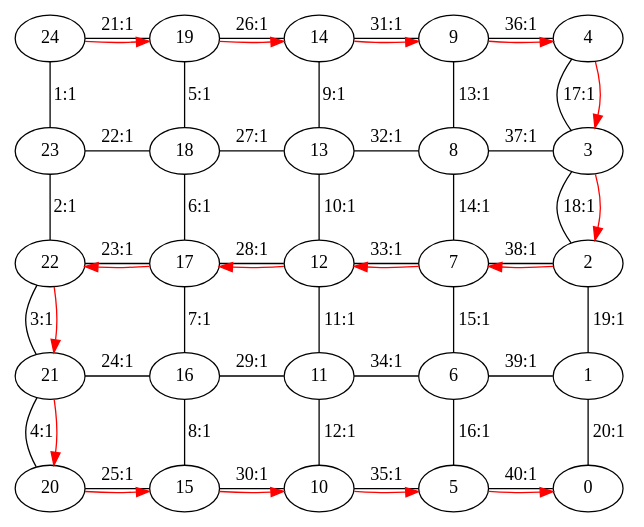
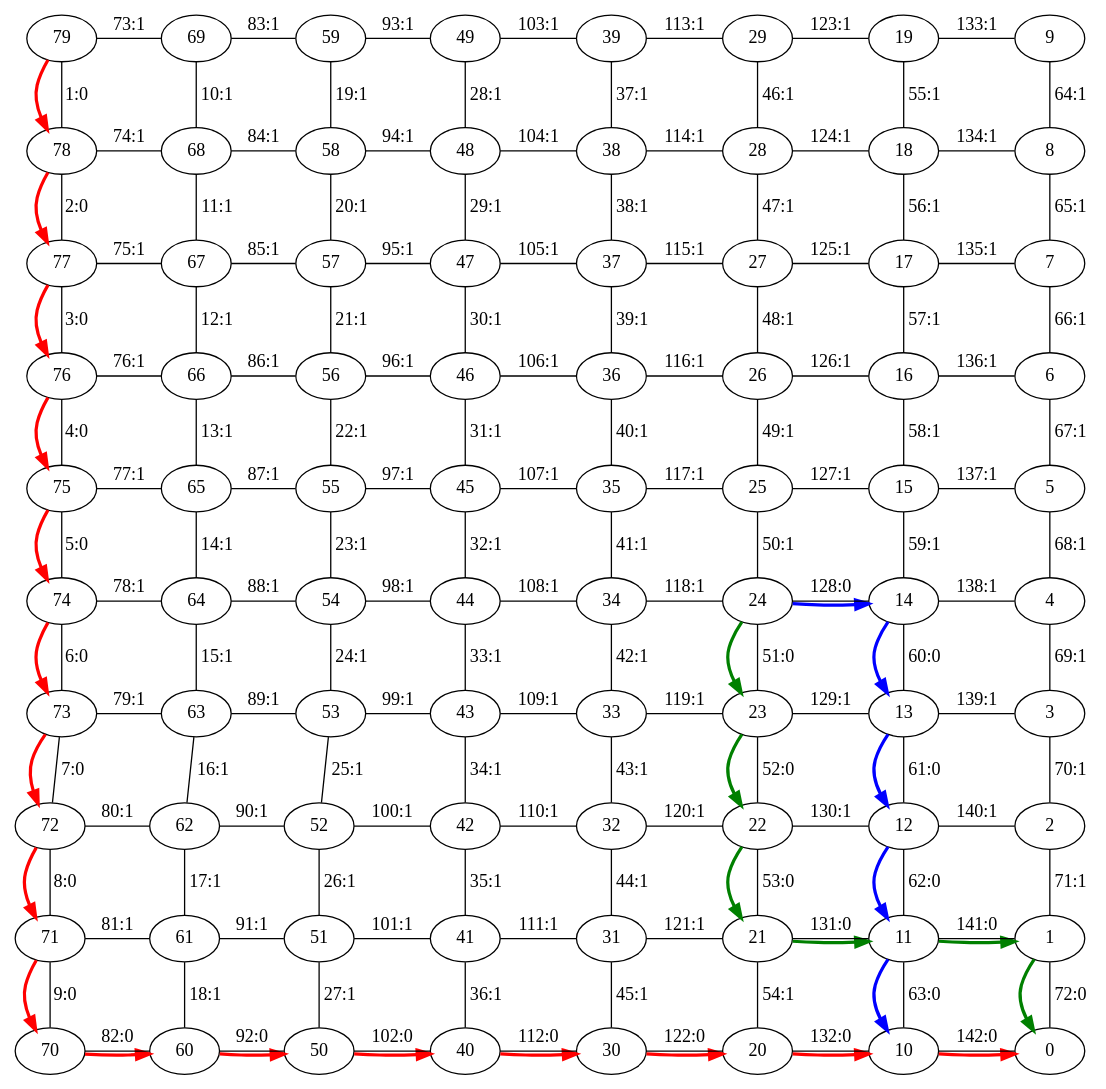
The diagram in brincando_grafo/grid_graph/graph_viz.gv (RamAddict/Graphs-and-dot), drawn with Graphviz before and after one commit. The commit also changed 4 other files, not shown here.

```diff
--- a/brincando_grafo/grid_graph/graph_viz.gv
+++ b/brincando_grafo/grid_graph/graph_viz.gv
@@ -1,51 +1,161 @@
 digraph G {
-24->23 [arrowhead = "none" label="1:1"];
-24->19 [arrowhead = "none" label="21:1"];
-23->22 [arrowhead = "none" label="2:1"];
-23->18 [arrowhead = "none" label="22:1"];
-22->21 [arrowhead = "none" label="3:1"];
-22->17 [arrowhead = "none" label="23:1"];
-21->20 [arrowhead = "none" label="4:1"];
-21->16 [arrowhead = "none" label="24:1"];
-20->15 [arrowhead = "none" label="25:1"];
-19->18 [arrowhead = "none" label="5:1"];
-19->14 [arrowhead = "none" label="26:1"];
-18->17 [arrowhead = "none" label="6:1"];
-18->13 [arrowhead = "none" label="27:1"];
-17->16 [arrowhead = "none" label="7:1"];
-17->12 [arrowhead = "none" label="28:1"];
-16->15 [arrowhead = "none" label="8:1"];
-16->11 [arrowhead = "none" label="29:1"];
-15->10 [arrowhead = "none" label="30:1"];
-14->13 [arrowhead = "none" label="9:1"];
-14->9 [arrowhead = "none" label="31:1"];
-13->12 [arrowhead = "none" label="10:1"];
-13->8 [arrowhead = "none" label="32:1"];
-12->11 [arrowhead = "none" label="11:1"];
-12->7 [arrowhead = "none" label="33:1"];
-11->10 [arrowhead = "none" label="12:1"];
-11->6 [arrowhead = "none" label="34:1"];
-10->5 [arrowhead = "none" label="35:1"];
-9->8 [arrowhead = "none" label="13:1"];
-9->4 [arrowhead = "none" label="36:1"];
-8->7 [arrowhead = "none" label="14:1"];
-8->3 [arrowhead = "none" label="37:1"];
-7->6 [arrowhead = "none" label="15:1"];
-7->2 [arrowhead = "none" label="38:1"];
-6->5 [arrowhead = "none" label="16:1"];
-6->1 [arrowhead = "none" label="39:1"];
-5->0 [arrowhead = "none" label="40:1"];
-4->3 [arrowhead = "none" label="17:1"];
-3->2 [arrowhead = "none" label="18:1"];
-2->1 [arrowhead = "none" label="19:1"];
-1->0 [arrowhead = "none" label="20:1"];
-{rank = same; 20 15 10 5 0 }
-{rank = same; 21 16 11 6 1 }
-{rank = same; 22 17 12 7 2 }
-{rank = same; 23 18 13 8 3 }
-{rank = same; 24 19 14 9 4 }
+
+79->78->77->76->75->74->73->72->71->70->60->50->40->30->20->10->0[color = "red" weight = 0 penwidth = 2.5]
+24->23->22->21->11->1->0[color = "green" weight = 0 penwidth = 2.5]
+24->14->13->12->11->10[color = "blue" weight = 0 penwidth = 2.5]
+79->78 [arrowhead = "none" label="1:0"];
+79->69 [arrowhead = "none" label="73:1"];
+78->77 [arrowhead = "none" label="2:0"];
+78->68 [arrowhead = "none" label="74:1"];
+77->76 [arrowhead = "none" label="3:0"];
+77->67 [arrowhead = "none" label="75:1"];
+76->75 [arrowhead = "none" label="4:0"];
+76->66 [arrowhead = "none" label="76:1"];
+75->74 [arrowhead = "none" label="5:0"];
+75->65 [arrowhead = "none" label="77:1"];
+74->73 [arrowhead = "none" label="6:0"];
+74->64 [arrowhead = "none" label="78:1"];
+73->72 [arrowhead = "none" label="7:0"];
+73->63 [arrowhead = "none" label="79:1"];
+72->71 [arrowhead = "none" label="8:0"];
+72->62 [arrowhead = "none" label="80:1"];
+71->70 [arrowhead = "none" label="9:0"];
+71->61 [arrowhead = "none" label="81:1"];
+70->60 [arrowhead = "none" label="82:0"];
+69->68 [arrowhead = "none" label="10:1"];
+69->59 [arrowhead = "none" label="83:1"];
+68->67 [arrowhead = "none" label="11:1"];
+68->58 [arrowhead = "none" label="84:1"];
+67->66 [arrowhead = "none" label="12:1"];
+67->57 [arrowhead = "none" label="85:1"];
+66->65 [arrowhead = "none" label="13:1"];
+66->56 [arrowhead = "none" label="86:1"];
+65->64 [arrowhead = "none" label="14:1"];
+65->55 [arrowhead = "none" label="87:1"];
+64->63 [arrowhead = "none" label="15:1"];
+64->54 [arrowhead = "none" label="88:1"];
+63->62 [arrowhead = "none" label="16:1"];
+63->53 [arrowhead = "none" label="89:1"];
+62->61 [arrowhead = "none" label="17:1"];
+62->52 [arrowhead = "none" label="90:1"];
+61->60 [arrowhead = "none" label="18:1"];
+61->51 [arrowhead = "none" label="91:1"];
+60->50 [arrowhead = "none" label="92:0"];
+59->58 [arrowhead = "none" label="19:1"];
+59->49 [arrowhead = "none" label="93:1"];
+58->57 [arrowhead = "none" label="20:1"];
+58->48 [arrowhead = "none" label="94:1"];
+57->56 [arrowhead = "none" label="21:1"];
+57->47 [arrowhead = "none" label="95:1"];
+56->55 [arrowhead = "none" label="22:1"];
+56->46 [arrowhead = "none" label="96:1"];
+55->54 [arrowhead = "none" label="23:1"];
+55->45 [arrowhead = "none" label="97:1"];
+54->53 [arrowhead = "none" label="24:1"];
+54->44 [arrowhead = "none" label="98:1"];
+53->52 [arrowhead = "none" label="25:1"];
+53->43 [arrowhead = "none" label="99:1"];
+52->51 [arrowhead = "none" label="26:1"];
+52->42 [arrowhead = "none" label="100:1"];
+51->50 [arrowhead = "none" label="27:1"];
+51->41 [arrowhead = "none" label="101:1"];
+50->40 [arrowhead = "none" label="102:0"];
+49->48 [arrowhead = "none" label="28:1"];
+49->39 [arrowhead = "none" label="103:1"];
+48->47 [arrowhead = "none" label="29:1"];
+48->38 [arrowhead = "none" label="104:1"];
+47->46 [arrowhead = "none" label="30:1"];
+47->37 [arrowhead = "none" label="105:1"];
+46->45 [arrowhead = "none" label="31:1"];
+46->36 [arrowhead = "none" label="106:1"];
+45->44 [arrowhead = "none" label="32:1"];
+45->35 [arrowhead = "none" label="107:1"];
+44->43 [arrowhead = "none" label="33:1"];
+44->34 [arrowhead = "none" label="108:1"];
+43->42 [arrowhead = "none" label="34:1"];
+43->33 [arrowhead = "none" label="109:1"];
+42->41 [arrowhead = "none" label="35:1"];
+42->32 [arrowhead = "none" label="110:1"];
+41->40 [arrowhead = "none" label="36:1"];
+41->31 [arrowhead = "none" label="111:1"];
+40->30 [arrowhead = "none" label="112:0"];
+39->38 [arrowhead = "none" label="37:1"];
+39->29 [arrowhead = "none" label="113:1"];
+38->37 [arrowhead = "none" label="38:1"];
+38->28 [arrowhead = "none" label="114:1"];
+37->36 [arrowhead = "none" label="39:1"];
+37->27 [arrowhead = "none" label="115:1"];
+36->35 [arrowhead = "none" label="40:1"];
+36->26 [arrowhead = "none" label="116:1"];
+35->34 [arrowhead = "none" label="41:1"];
+35->25 [arrowhead = "none" label="117:1"];
+34->33 [arrowhead = "none" label="42:1"];
+34->24 [arrowhead = "none" label="118:1"];
+33->32 [arrowhead = "none" label="43:1"];
+33->23 [arrowhead = "none" label="119:1"];
+32->31 [arrowhead = "none" label="44:1"];
+32->22 [arrowhead = "none" label="120:1"];
+31->30 [arrowhead = "none" label="45:1"];
+31->21 [arrowhead = "none" label="121:1"];
+30->20 [arrowhead = "none" label="122:0"];
+29->28 [arrowhead = "none" label="46:1"];
+29->19 [arrowhead = "none" label="123:1"];
+28->27 [arrowhead = "none" label="47:1"];
+28->18 [arrowhead = "none" label="124:1"];
+27->26 [arrowhead = "none" label="48:1"];
+27->17 [arrowhead = "none" label="125:1"];
+26->25 [arrowhead = "none" label="49:1"];
+26->16 [arrowhead = "none" label="126:1"];
+25->24 [arrowhead = "none" label="50:1"];
+25->15 [arrowhead = "none" label="127:1"];
+24->23 [arrowhead = "none" label="51:0"];
+24->14 [arrowhead = "none" label="128:0"];
+23->22 [arrowhead = "none" label="52:0"];
+23->13 [arrowhead = "none" label="129:1"];
+22->21 [arrowhead = "none" label="53:0"];
+22->12 [arrowhead = "none" label="130:1"];
+21->20 [arrowhead = "none" label="54:1"];
+21->11 [arrowhead = "none" label="131:0"];
+20->10 [arrowhead = "none" label="132:0"];
+19->18 [arrowhead = "none" label="55:1"];
+19->9 [arrowhead = "none" label="133:1"];
+18->17 [arrowhead = "none" label="56:1"];
+18->8 [arrowhead = "none" label="134:1"];
+17->16 [arrowhead = "none" label="57:1"];
+17->7 [arrowhead = "none" label="135:1"];
+16->15 [arrowhead = "none" label="58:1"];
+16->6 [arrowhead = "none" label="136:1"];
+15->14 [arrowhead = "none" label="59:1"];
+15->5 [arrowhead = "none" label="137:1"];
+14->13 [arrowhead = "none" label="60:0"];
+14->4 [arrowhead = "none" label="138:1"];
+13->12 [arrowhead = "none" label="61:0"];
+13->3 [arrowhead = "none" label="139:1"];
+12->11 [arrowhead = "none" label="62:0"];
+12->2 [arrowhead = "none" label="140:1"];
+11->10 [arrowhead = "none" label="63:0"];
+11->1 [arrowhead = "none" label="141:0"];
+10->0 [arrowhead = "none" label="142:0"];
+9->8 [arrowhead = "none" label="64:1"];
+8->7 [arrowhead = "none" label="65:1"];
+7->6 [arrowhead = "none" label="66:1"];
+6->5 [arrowhead = "none" label="67:1"];
+5->4 [arrowhead = "none" label="68:1"];
+4->3 [arrowhead = "none" label="69:1"];
+3->2 [arrowhead = "none" label="70:1"];
+2->1 [arrowhead = "none" label="71:1"];
+1->0 [arrowhead = "none" label="72:0"];
+{rank = same; 70 60 50 40 30 20 10 0 }
+{rank = same; 71 61 51 41 31 21 11 1 }
+{rank = same; 72 62 52 42 32 22 12 2 }
+{rank = same; 73 63 53 43 33 23 13 3 }
+{rank = same; 74 64 54 44 34 24 14 4 }
+{rank = same; 75 65 55 45 35 25 15 5 }
+{rank = same; 76 66 56 46 36 26 16 6 }
+{rank = same; 77 67 57 47 37 27 17 7 }
+{rank = same; 78 68 58 48 38 28 18 8 }
+{rank = same; 79 69 59 49 39 29 19 9 }
 
 size = "35,35"
 
-24->19->14->9->4->3->2->7->12->17->22->21->20->15->10->5->0[color = "red"]
 }
```
